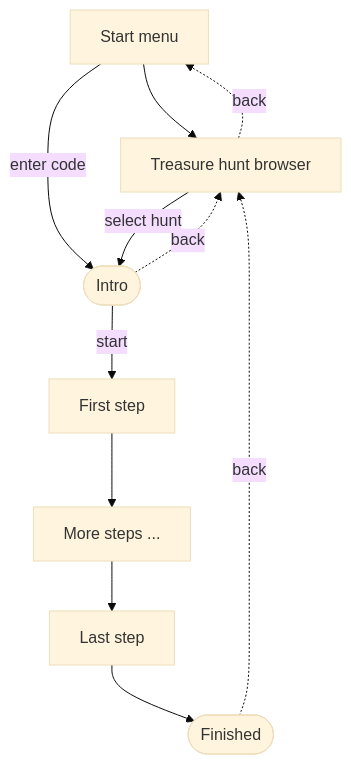
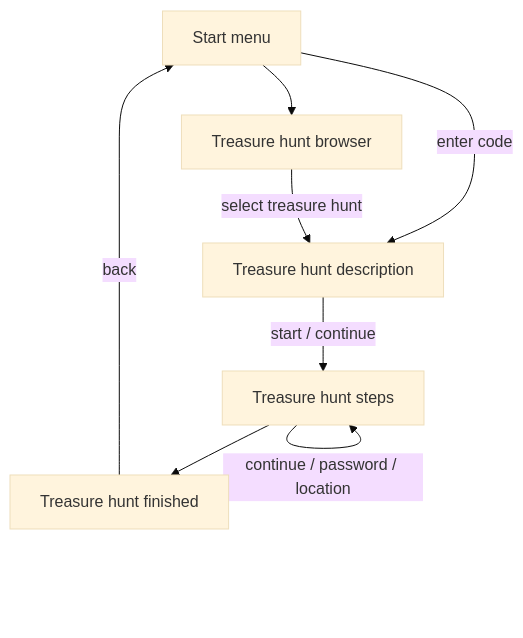
Before and after one commit to Henahax/treasure-hunt: the diagram in README.md, drawn with Mermaid (base theme). The commit also changed other lines of this file, not shown here.

````diff
--- a/README.md
+++ b/README.md
@@ -27,22 +29,17 @@
 ```mermaid
 flowchart TD
     start[Start menu]
     browser[Treasure hunt browser]
 
-    intro([Intro])
-    first[First step]
-    more[More steps ...]
-    last[Last step]
-    finish([Finished])
+    intro[Treasure hunt description]
+    steps[Treasure hunt steps]
+    finish[Treasure hunt finished]
 
     start --> browser
     start -->|enter code| intro
-    browser -->|select hunt| intro
-    intro -->|start| first
-    first --> more
-    more --> last
-    last --> finish
-    browser -.->|back| start
-    intro -.->|back| browser
-    finish -.->|back| browser
+    browser -->|select treasure hunt| intro
+    intro -->|start / continue| steps
+    steps -->|continue / password / location| steps
+    steps -->finish
+    finish -->|back| start
 ```
````
